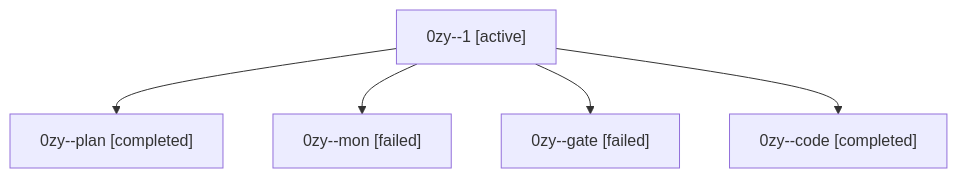
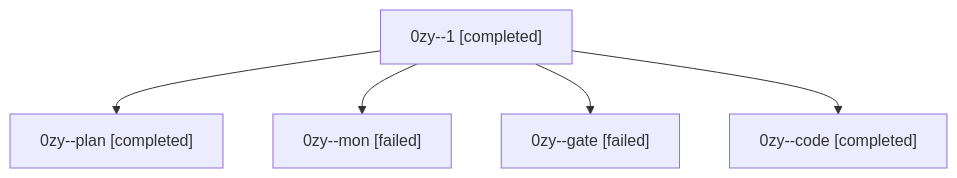
Before and after one commit to bobs-org/bob-cli--agents: the diagram in sessions/bbugyi200.athena.0zy.md, drawn with Mermaid. The commit also changed other lines of this file and 31 other files, not shown here.

````diff
--- a/sessions/bbugyi200.athena.0zy.md
+++ b/sessions/bbugyi200.athena.0zy.md
@@ -9,12 +9,12 @@
 ```mermaid
 flowchart TD
-  n0["0zy--1 [active]"]
+  n0["0zy--1 [completed]"]
   n1["0zy--plan [completed]"]
   n0 --> n1
   n2["0zy--mon [failed]"]
   n0 --> n2
   n3["0zy--gate [failed]"]
   n0 --> n3
   n4["0zy--code [completed]"]
   n0 --> n4
 ```
````
